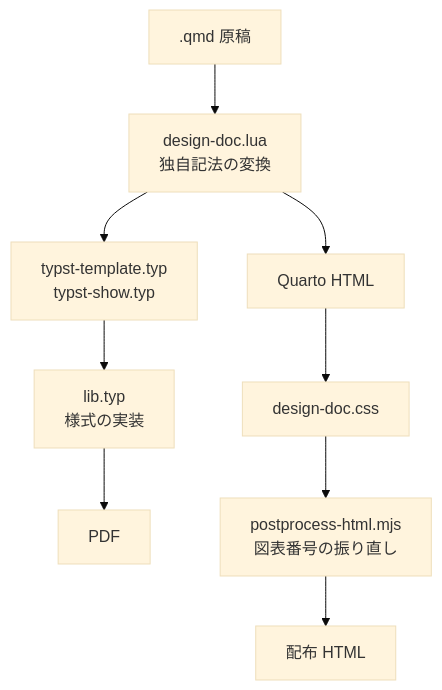
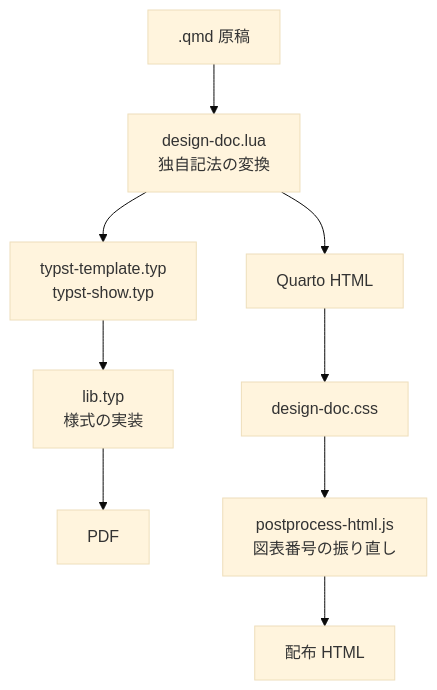
Before and after one commit to ramsesyok/design-doc-quarto-template: the diagram in manual/chapters/17-maintainer/index.qmd, drawn with Mermaid (base theme). The commit also changed other lines of this file and 37 other files, not shown here.

````diff
--- a/manual/chapters/17-maintainer/index.qmd
+++ b/manual/chapters/17-maintainer/index.qmd
@@ -19,11 +19,11 @@
 ```mermaid
 flowchart TD
   Q[.qmd 原稿] --> L[design-doc.lua<br/>独自記法の変換]
   L --> T[typst-template.typ<br/>typst-show.typ]
   T --> LIB[lib.typ<br/>様式の実装]
   LIB --> PDF[PDF]
   L --> H[Quarto HTML]
   H --> CSS[design-doc.css]
-  CSS --> POST[postprocess-html.mjs<br/>図表番号の振り直し]
+  CSS --> POST[postprocess-html.js<br/>図表番号の振り直し]
   POST --> HTML[配布 HTML]
 ```
````
